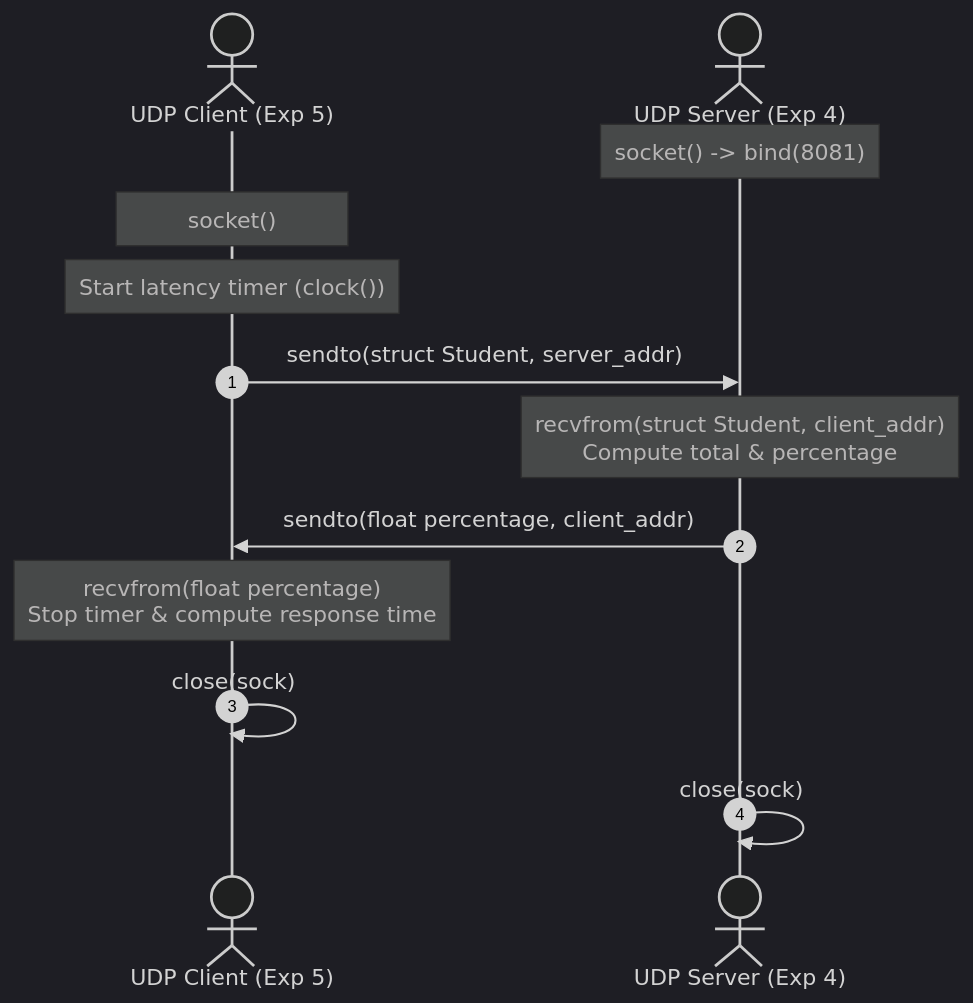
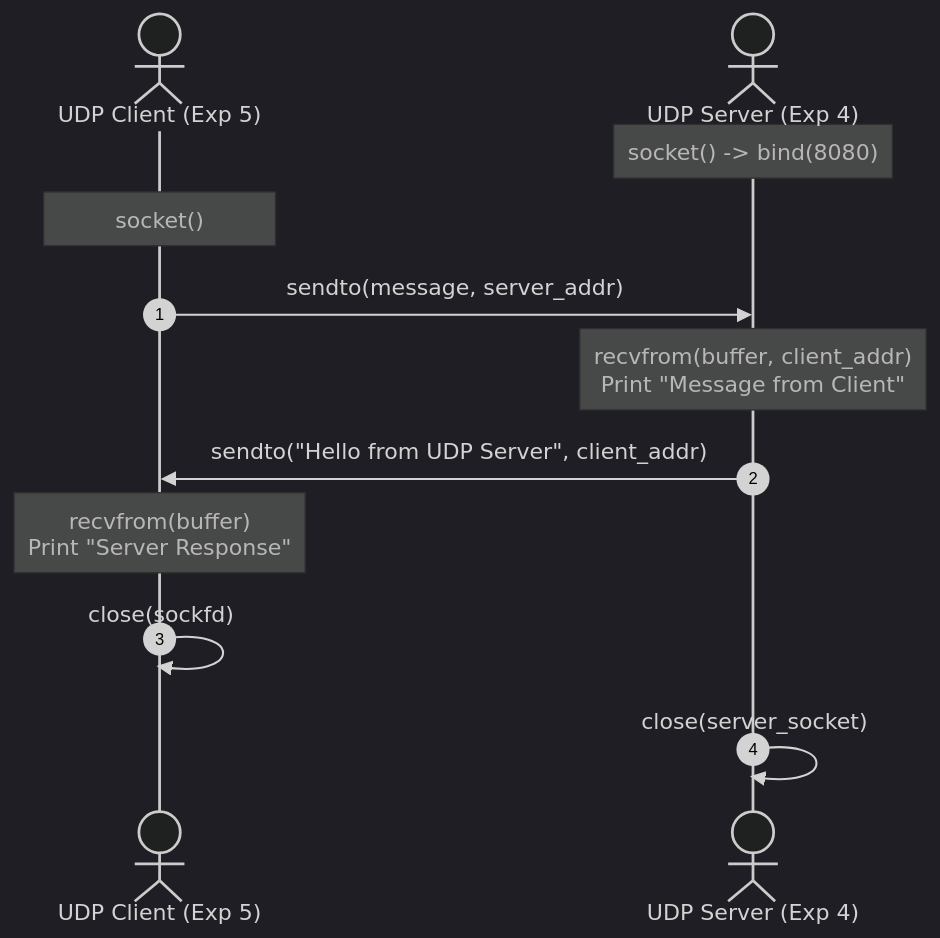
One commit to jashchauhan06/cn changed the second of 3 diagrams in README.md. Above: the diagram before and after it, drawn with Mermaid (dark theme). The commit also changed other lines of this file and 19 other files, not shown here.

````diff
--- a/README.md
+++ b/README.md
@@ -133,18 +131,17 @@
 ```mermaid
 sequenceDiagram
     autonumber
     actor Client as UDP Client (Exp 5)
     actor Server as UDP Server (Exp 4)
 
-    Note over Server: socket() -> bind(8081)
+    Note over Server: socket() -> bind(8080)
     Note over Client: socket()
     
-    Note over Client: Start latency timer (clock())
-    Client->>Server: sendto(struct Student, server_addr)
-    Note over Server: recvfrom(struct Student, client_addr)<br/>Compute total & percentage
-    Server->>Client: sendto(float percentage, client_addr)
-    Note over Client: recvfrom(float percentage)<br/>Stop timer & compute response time
+    Client->>Server: sendto(message, server_addr)
+    Note over Server: recvfrom(buffer, client_addr)<br/>Print "Message from Client"
+    Server->>Client: sendto("Hello from UDP Server", client_addr)
+    Note over Client: recvfrom(buffer)<br/>Print "Server Response"
 
-    Client->>Client: close(sock)
-    Server->>Server: close(sock)
+    Client->>Client: close(sockfd)
+    Server->>Server: close(server_socket)
 ```
````
